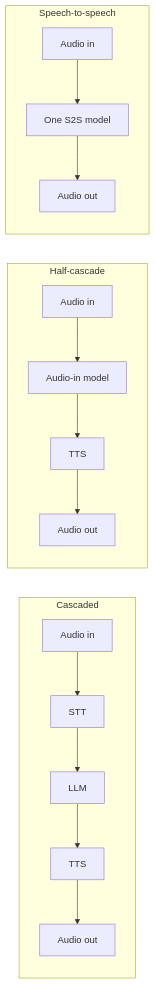
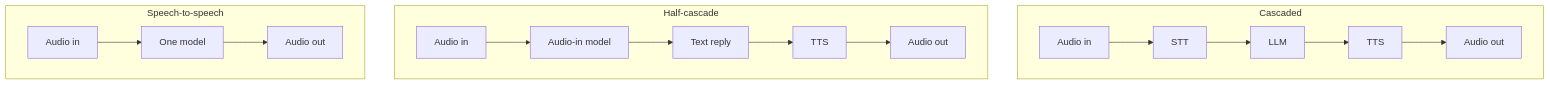
The first of 2 diagrams in notes/step-16-ai-infrastructure-deployment-and-system-design/198-cascaded-vs-speech-to-speech.md (kaisarnajar/outcome-school-blogs), drawn with Mermaid before and after one commit. The commit also changed other lines of this file and 233 other files, not shown here.

````diff
--- a/notes/step-16-ai-infrastructure-deployment-and-system-design/198-cascaded-vs-speech-to-speech.md
+++ b/notes/step-16-ai-infrastructure-deployment-and-system-design/198-cascaded-vs-speech-to-speech.md
@@ -46,12 +50,12 @@
 ```mermaid
-flowchart LR
-    subgraph C["Cascaded"]
-        A1["Audio in"] --> A2["STT"] --> A3["LLM"] --> A4["TTS"] --> A5["Audio out"]
-    end
-    subgraph H["Half-cascade"]
-        B1["Audio in"] --> B2["Audio-in model"] --> B3["TTS"] --> B4["Audio out"]
-    end
-    subgraph S["Speech-to-speech"]
-        D1["Audio in"] --> D2["One S2S model"] --> D3["Audio out"]
-    end
+flowchart TD
+subgraph C1["Cascaded"]
+a1["Audio in"] --> a2["STT"] --> a3["LLM"] --> a4["TTS"] --> a5["Audio out"]
+end
+subgraph H1["Half-cascade"]
+b1["Audio in"] --> b2["Audio-in model"] --> b3["Text reply"] --> b4["TTS"] --> b5["Audio out"]
+end
+subgraph S1["Speech-to-speech"]
+c1["Audio in"] --> c2["One model"] --> c3["Audio out"]
+end
 ```
````
